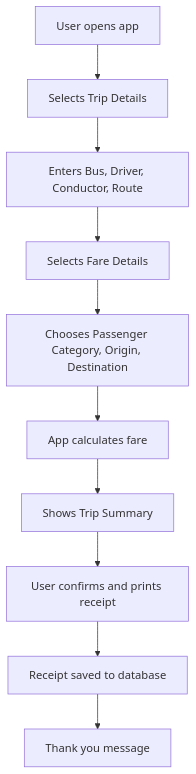
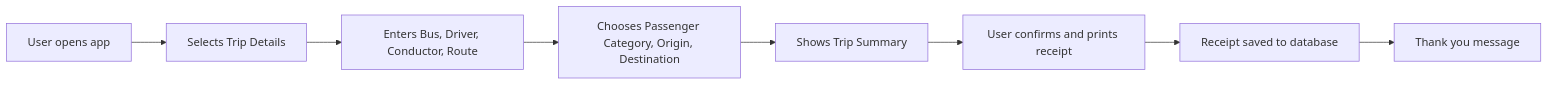
The diagram in README.md (smmariquit/bus-ticketing-app), drawn with Mermaid before and after one commit. The commit also changed other lines of this file, not shown here.

````diff
--- a/README.md
+++ b/README.md
@@ -28,12 +26,10 @@
 ```mermaid
-flowchart TD
+flowchart LR
     A[User opens app] --> B[Selects Trip Details]
     B --> C[Enters Bus, Driver, Conductor, Route]
-    C --> D[Selects Fare Details]
-    D --> E[Chooses Passenger Category, Origin, Destination]
-    E --> F[App calculates fare]
-    F --> G[Shows Trip Summary]
-    G --> H[User confirms and prints receipt]
-    H --> I[Receipt saved to database]
-    I --> J[Thank you message]
+    C --> D[Chooses Passenger Category, Origin, Destination]
+    D --> E[Shows Trip Summary]
+    E --> F[User confirms and prints receipt]
+    F --> G[Receipt saved to database]
+    G --> H[Thank you message]
 ```
````
